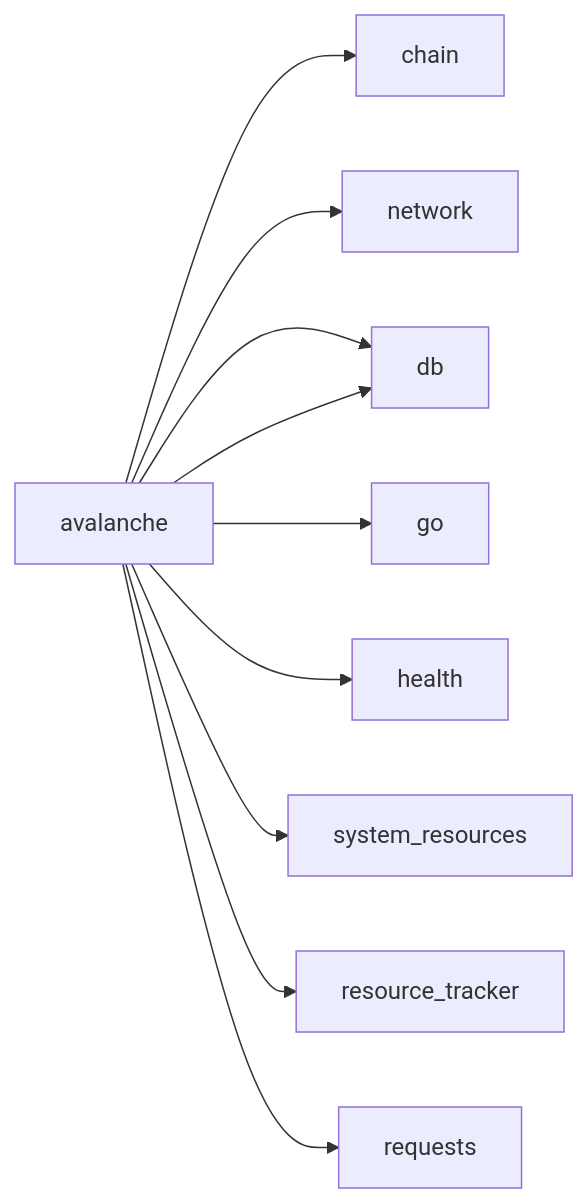
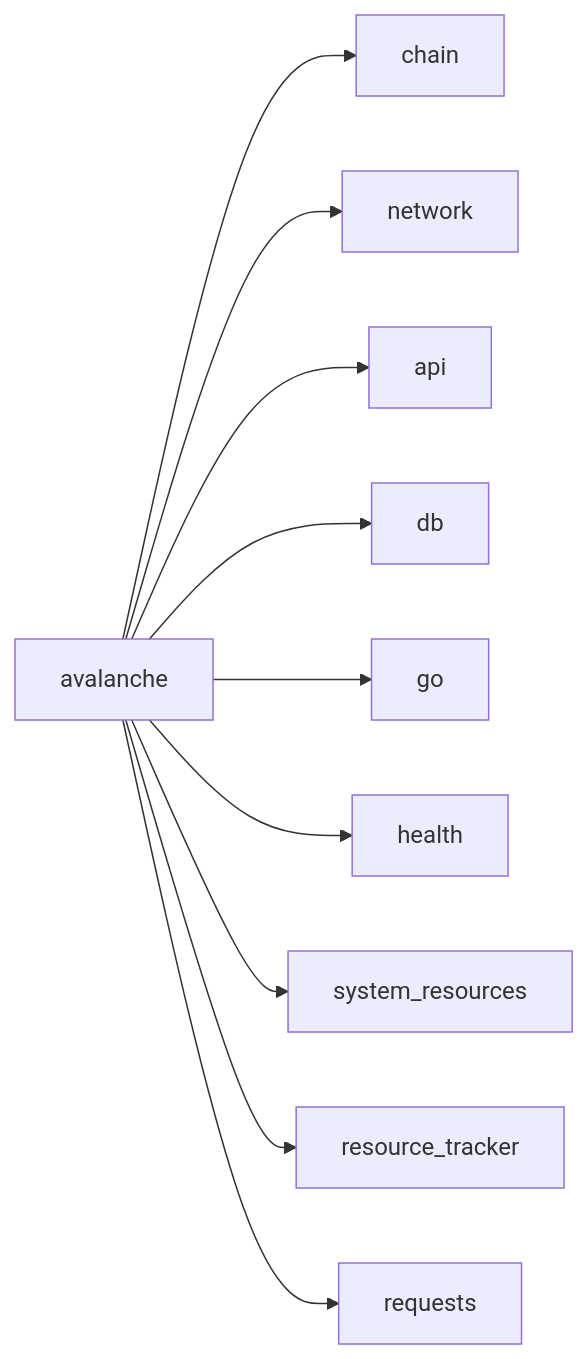
The diagram in api/metrics/README.md (ava-labs/avalanchego), drawn with Mermaid before and after one commit.

````diff
--- a/api/metrics/README.md
+++ b/api/metrics/README.md
@@ -3,12 +3,12 @@
 ```mermaid
 graph LR
     A[avalanche] --> B[chain]
     A --> C[network]
     A --> D[api]
-    A --> D[db]
-    A --> E[go]
-    A --> F[health]
-    A --> G[system_resources]
-    A --> H[resource_tracker]
-    A --> I[requests]
+    A --> E[db]
+    A --> F[go]
+    A --> G[health]
+    A --> H[system_resources]
+    A --> I[resource_tracker]
+    A --> J[requests]
 ```
````
